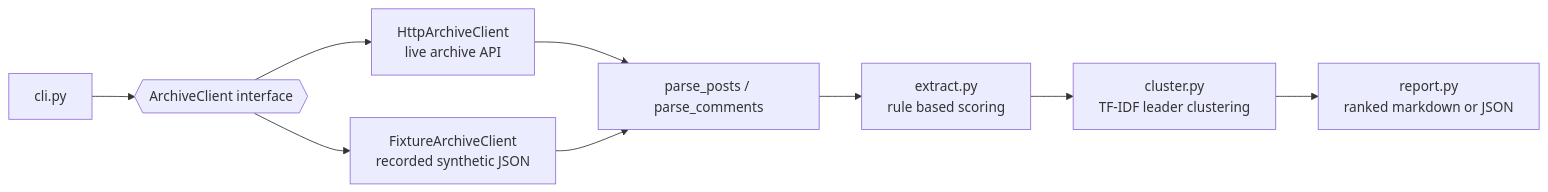
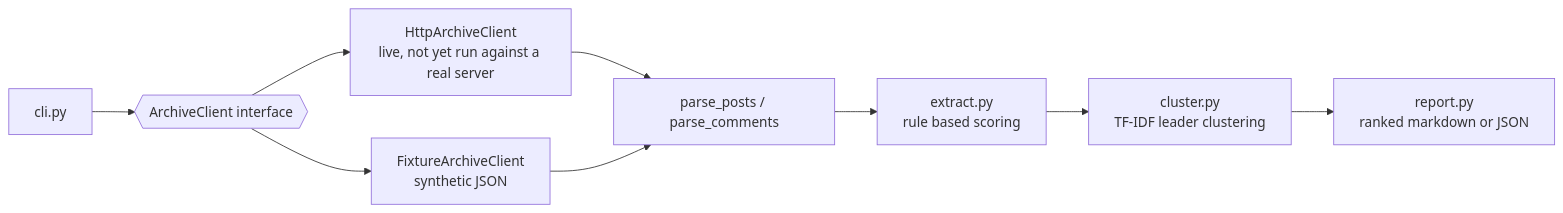
Before and after one commit to midcityhandyman/reddit-pain-miner: the diagram in README.md, drawn with Mermaid. The commit also changed other lines of this file and 8 other files, not shown here.

````diff
--- a/README.md
+++ b/README.md
@@ -18,11 +69,11 @@
 ```mermaid
 flowchart LR
     CLI[cli.py] --> IF{{ArchiveClient interface}}
-    IF --> HTTP[HttpArchiveClient<br/>live archive API]
-    IF --> FIX[FixtureArchiveClient<br/>recorded synthetic JSON]
+    IF --> HTTP[HttpArchiveClient<br/>live, not yet run against a real server]
+    IF --> FIX[FixtureArchiveClient<br/>synthetic JSON]
     HTTP --> PARSE[parse_posts / parse_comments]
     FIX --> PARSE
     PARSE --> EX[extract.py<br/>rule based scoring]
     EX --> CL[cluster.py<br/>TF-IDF leader clustering]
     CL --> RP[report.py<br/>ranked markdown or JSON]
 ```
````
